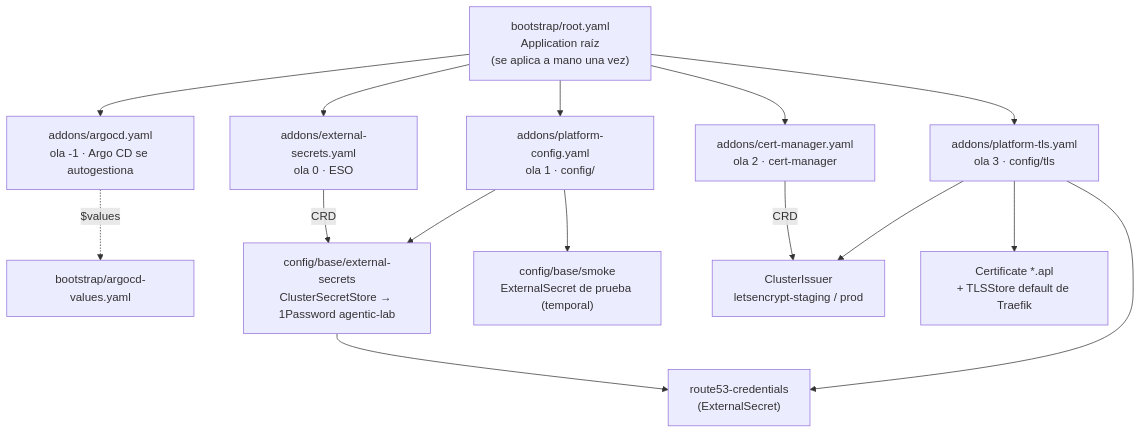
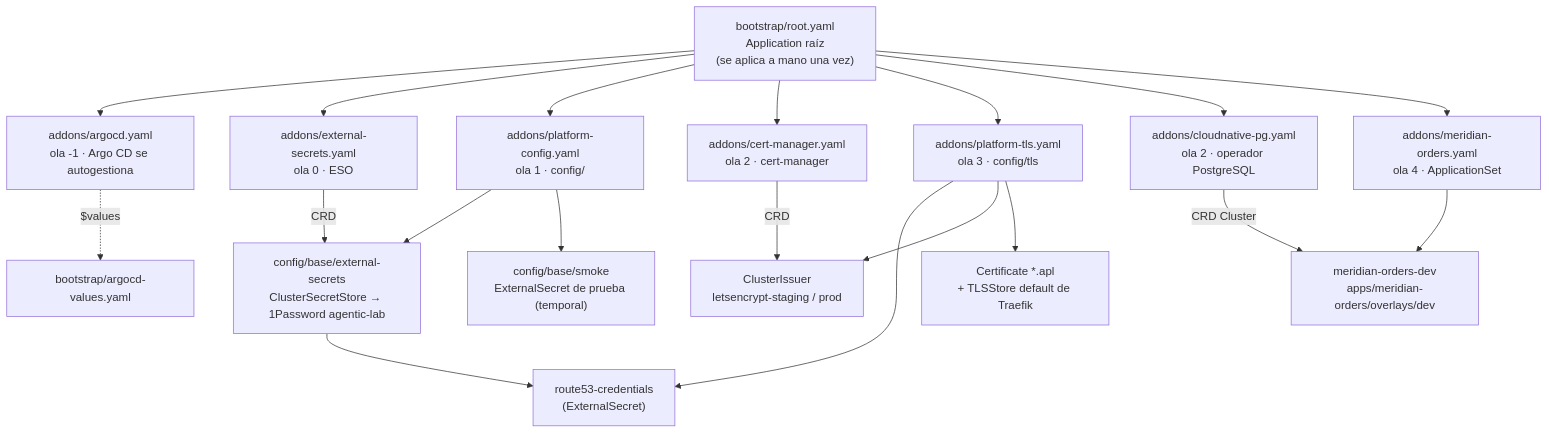
The diagram in README.md (elpalmeral-org/platform-gitops), drawn with Mermaid before and after one commit. The commit also changed other lines of this file and 10 other files, not shown here.

Commit message:
feat(meridian-orders): CloudNativePG y primer despliegue de Meridian Orders en dev (#3)

````diff
--- a/README.md
+++ b/README.md
@@ -9,18 +9,22 @@
 ```mermaid
 flowchart TD
     ROOT["bootstrap/root.yaml<br/>Application raíz<br/>(se aplica a mano una vez)"]
     ROOT --> A["addons/argocd.yaml<br/>ola -1 · Argo CD se autogestiona"]
     ROOT --> E["addons/external-secrets.yaml<br/>ola 0 · ESO"]
     ROOT --> C["addons/platform-config.yaml<br/>ola 1 · config/"]
     A -.->|"$values"| V["bootstrap/argocd-values.yaml"]
     ROOT --> CM["addons/cert-manager.yaml<br/>ola 2 · cert-manager"]
     ROOT --> T["addons/platform-tls.yaml<br/>ola 3 · config/tls"]
     C --> CSS["config/base/external-secrets<br/>ClusterSecretStore → 1Password agentic-lab"]
     C --> SM["config/base/smoke<br/>ExternalSecret de prueba (temporal)"]
     E -->|CRD| CSS
     T --> R53["route53-credentials<br/>(ExternalSecret)"]
     T --> ISS["ClusterIssuer<br/>letsencrypt-staging / prod"]
     T --> CERT["Certificate *.apl<br/>+ TLSStore default de Traefik"]
     CSS --> R53
     CM -->|CRD| ISS
+    ROOT --> PG["addons/cloudnative-pg.yaml<br/>ola 2 · operador PostgreSQL"]
+    ROOT --> MO["addons/meridian-orders.yaml<br/>ola 4 · ApplicationSet"]
+    MO --> DEV["meridian-orders-dev<br/>apps/meridian-orders/overlays/dev"]
+    PG -->|CRD Cluster| DEV
 ```
````
